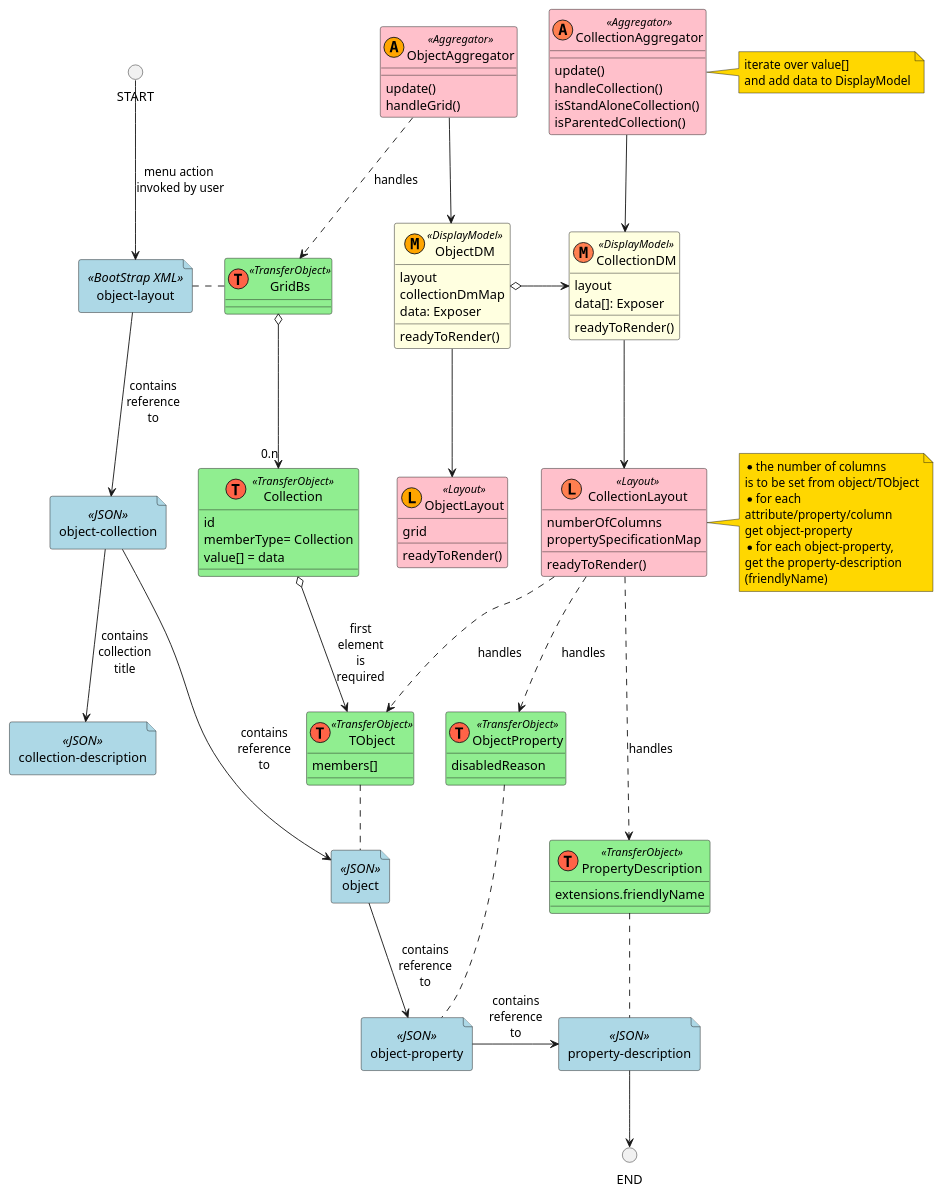
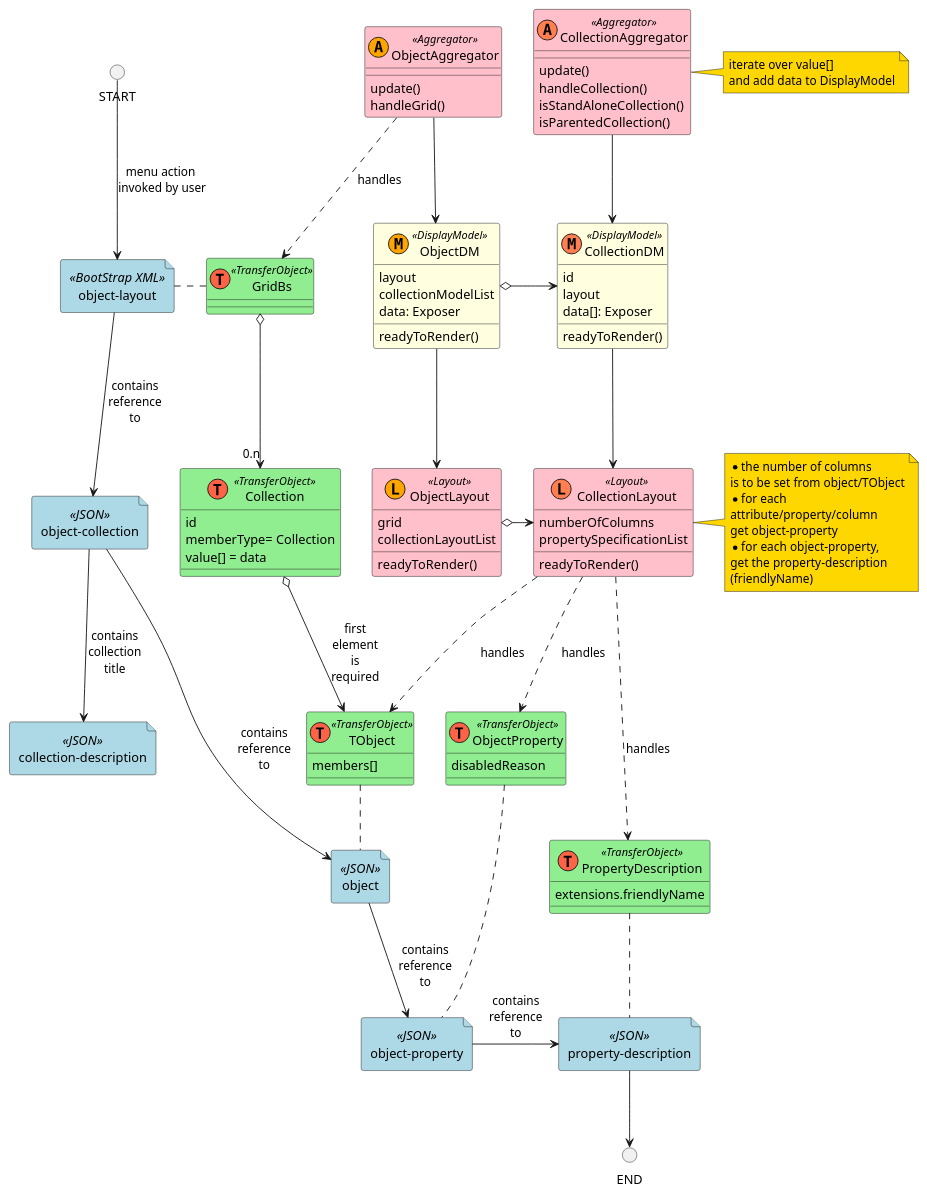
Before and after one commit to apache/causeway: the diagram in incubator/clients/kroviz/adoc/modules/kroviz/partials/design/collection_layout_aggregation_diagram.adoc, drawn with PlantUML. The commit also changed 9 other files, not shown here.

```diff
--- a/incubator/clients/kroviz/adoc/modules/kroviz/partials/design/collection_layout_aggregation_diagram.adoc
+++ b/incubator/clients/kroviz/adoc/modules/kroviz/partials/design/collection_layout_aggregation_diagram.adoc
@@ -64,12 +64,13 @@
     }
     class ObjectDM <<(M,orange)DisplayModel>> #lightyellow {
         layout
-        collectionDmMap
+        collectionModelList
         data: Exposer
         readyToRender()
     }
     class ObjectLayout <<(L,orange)Layout>> #pink {
         grid
+        collectionLayoutList
         readyToRender()
     }
     ObjectAggregator --> ObjectDM
@@ -86,19 +87,21 @@
         isParentedCollection()
     }
     class CollectionDM <<(M,coral)DisplayModel>> #lightyellow {
+        id
         layout
         data[]: Exposer
         readyToRender()
     }
     class CollectionLayout <<(L,coral)Layout>> #pink{
         numberOfColumns
-        propertySpecificationMap
+        propertySpecificationList
         readyToRender()
     }
     CollectionAggregator --> CollectionDM
     CollectionDM --> CollectionLayout
 }
 ObjectDM o-r-> CollectionDM
+ObjectLayout o-> CollectionLayout
 
 ' references between Layout and TO classes
 CollectionLayout ..> TObject : handles
```
